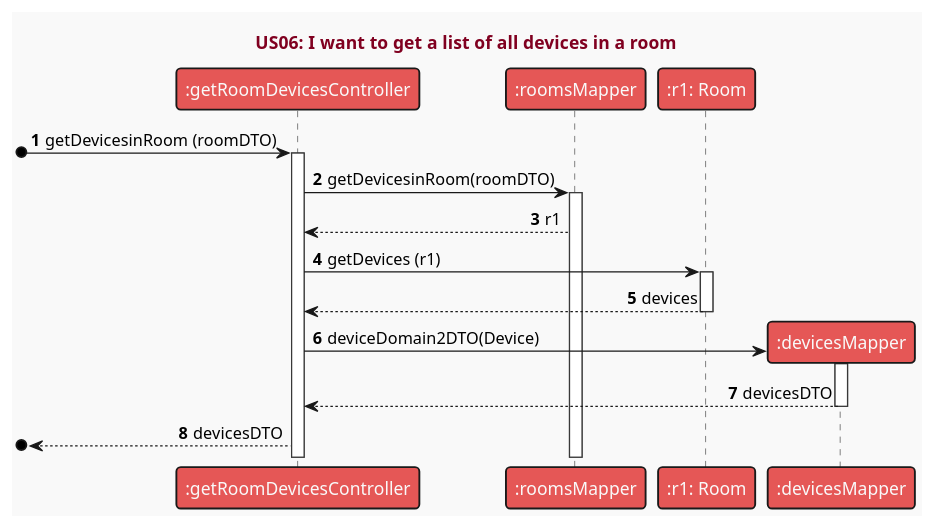
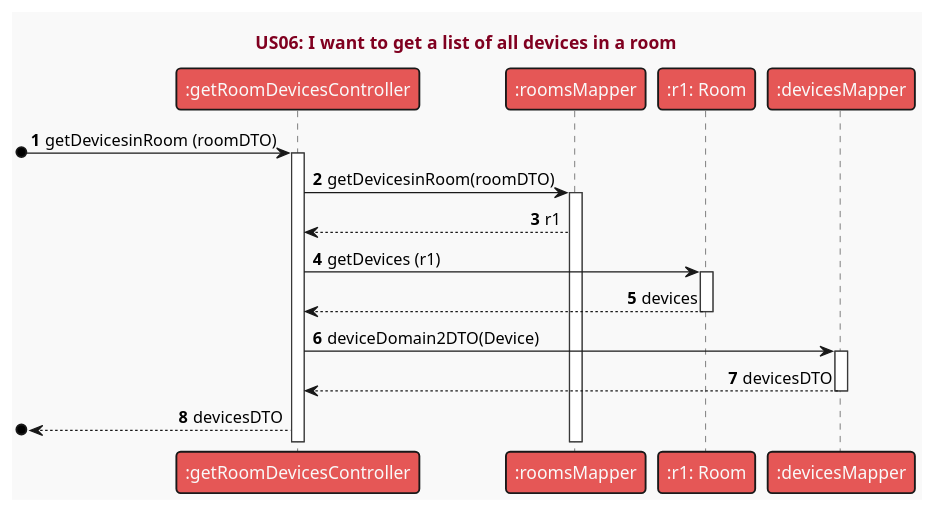
Before and after one commit to RicardoAraujoPT/SmartHome2: the diagram in src/main/java/pt/ipp/isep/dei/examples/basic/domain/SmartHome/UML/US06.puml, drawn with PlantUML.

Commit message:
Minor change in US06

```diff
--- a/src/main/java/pt/ipp/isep/dei/examples/basic/domain/SmartHome/UML/US06.puml
+++ b/src/main/java/pt/ipp/isep/dei/examples/basic/domain/SmartHome/UML/US06.puml
@@ -1,36 +1,36 @@
 @startuml
 'https://plantuml.com/sequence-diagram
 
 !theme mars
 skinparam sequenceMessageAlign direction
 title <font color=#800020> US06:  I want to get a list of all devices in a room </font>
 
 autonumber
 
 participant ":getRoomDevicesController"
 participant ":roomsMapper"
 participant ":r1: Room"
 participant ":devicesMapper"
 
 [o-> ":getRoomDevicesController" :getDevicesinRoom (roomDTO)
 activate ":getRoomDevicesController"
 
 ":getRoomDevicesController" -> ":roomsMapper" : getDevicesinRoom(roomDTO)
 activate ":roomsMapper"
 ":roomsMapper" --> ":getRoomDevicesController" : r1
 
 
 ":getRoomDevicesController" -> ":r1: Room" : getDevices (r1)
 activate ":r1: Room"
 ":r1: Room" --> ":getRoomDevicesController" : devices
 deactivate ":r1: Room"
 
-":getRoomDevicesController" -> ":devicesMapper" ** : deviceDomain2DTO(Device)
+":getRoomDevicesController" -> ":devicesMapper" : deviceDomain2DTO(Device)
 activate ":devicesMapper"
 
 ":devicesMapper" --> ":getRoomDevicesController" : devicesDTO
 deactivate ":devicesMapper"
 
 [o<-- ":getRoomDevicesController" : devicesDTO
 
 @enduml
```
